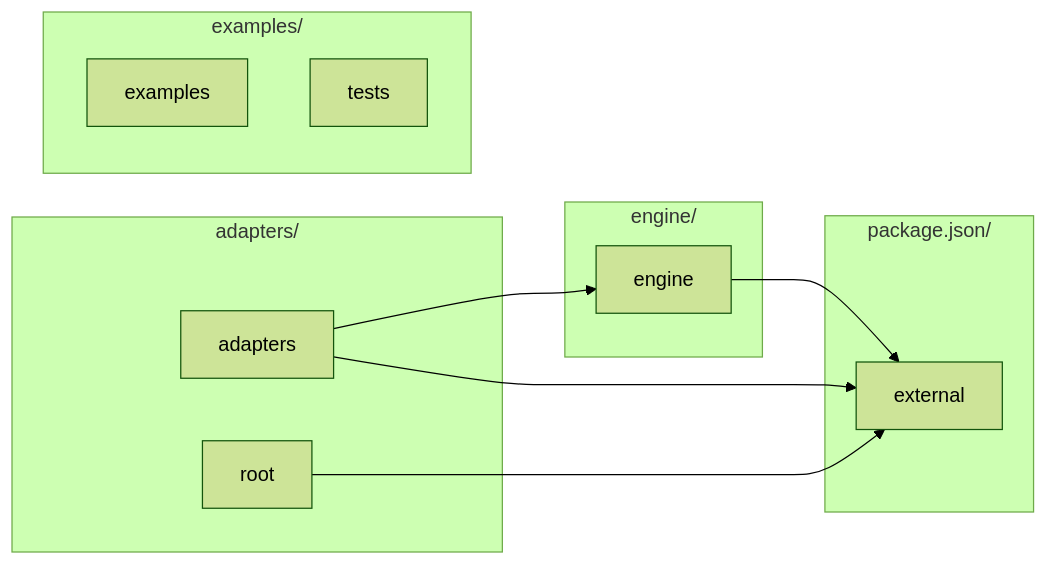
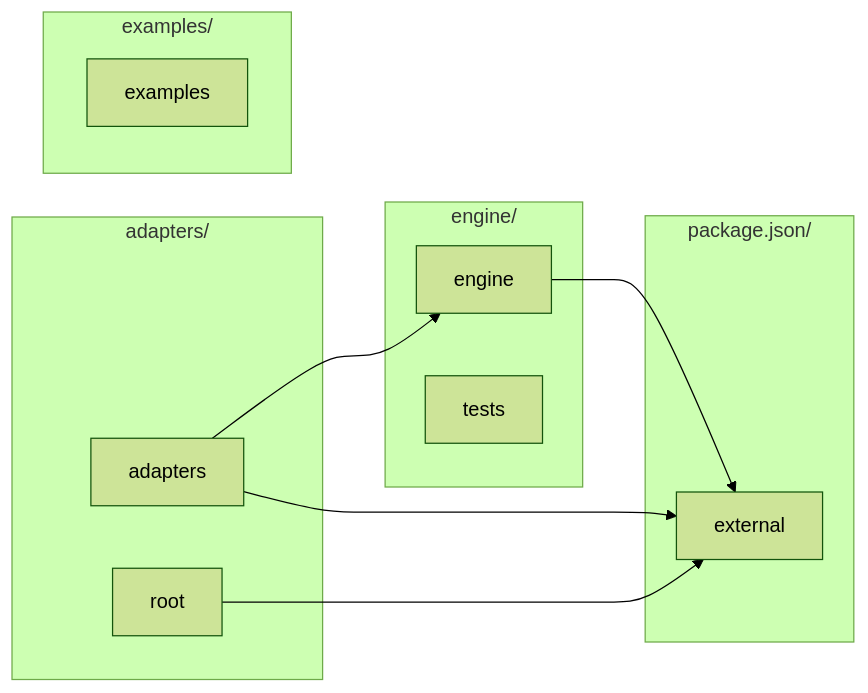
Before and after one commit to OmnisGenomics/VeriBiota: the seventh of 8 diagrams in docs/wiki/diagrams.md, drawn with Mermaid (forest theme). The commit also changed other lines of this file and 27 other files, not shown here.

````diff
--- a/docs/wiki/diagrams.md
+++ b/docs/wiki/diagrams.md
@@ -410,24 +409,24 @@
 ```mermaid
 graph LR
   subgraph group_adapters["adapters/"]
     subsystem_adapters["adapters"]
     subsystem_root["root"]
   end
   subgraph group_engine["engine/"]
     subsystem_engine["engine"]
+    subsystem_tests["tests"]
   end
   subgraph group_examples["examples/"]
     subsystem_examples["examples"]
-    subsystem_tests["tests"]
   end
   subgraph group_package_json["package.json/"]
     subsystem_external["external"]
   end
   subsystem_external ~~~ subsystem_adapters
   subsystem_adapters ~~~ subsystem_engine
   subsystem_adapters --> subsystem_engine
   subsystem_adapters --> subsystem_external
   subsystem_engine --> subsystem_external
   subsystem_root --> subsystem_external
 
 ```
````
